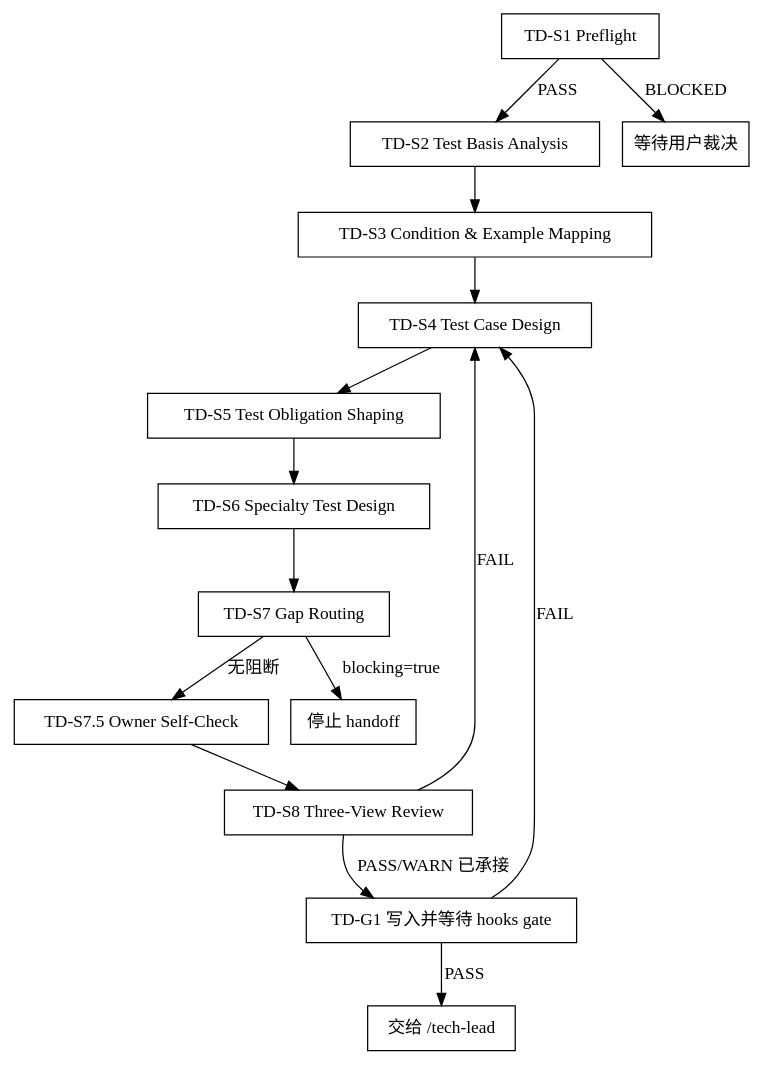
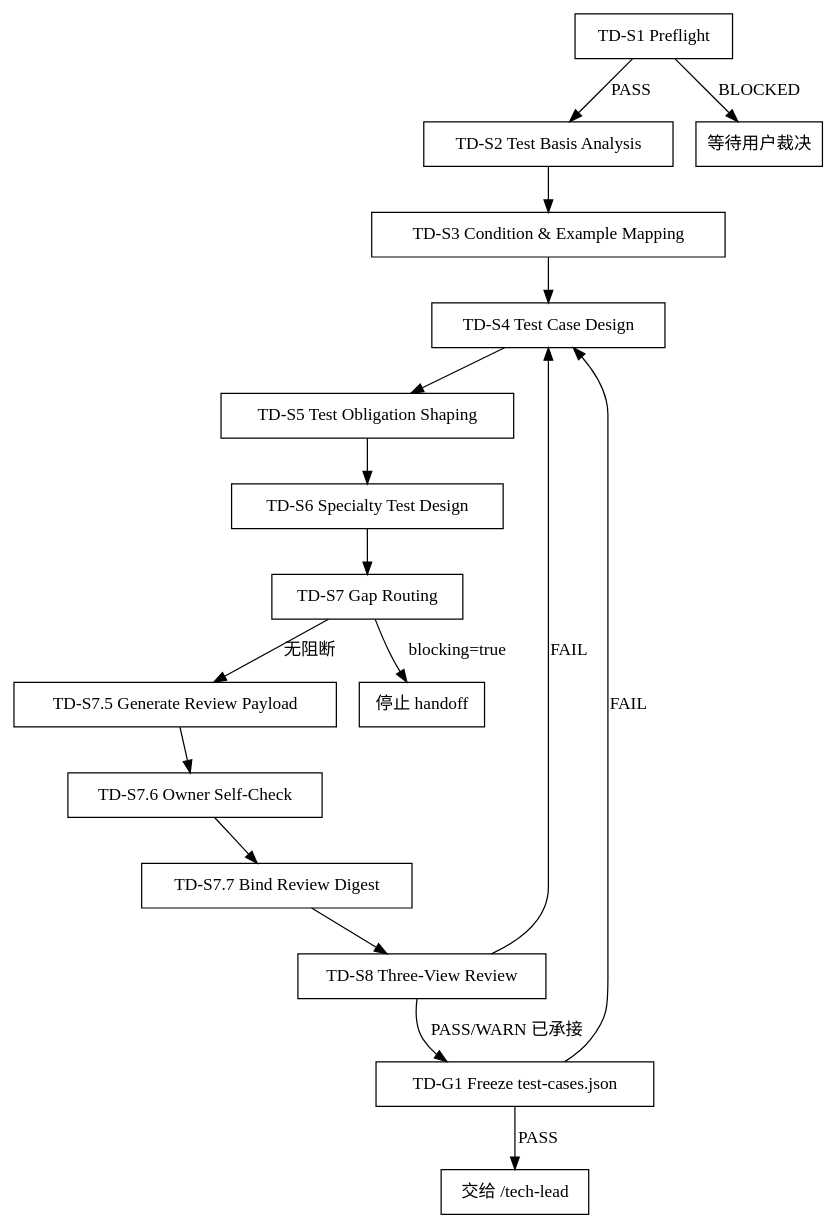
The diagram in shared/skills/test-design/SKILL.md (jieli-cqwl/org-claude-skills), drawn with Graphviz before and after one commit. The commit also changed other lines of this file and 14 other files, not shown here.

````diff
--- a/shared/skills/test-design/SKILL.md
+++ b/shared/skills/test-design/SKILL.md
@@ -90,20 +90,22 @@
 ```dot
 digraph test_design_flow {
   rankdir=TB;
   node [shape=box];
   "TD-S1 Preflight" -> "TD-S2 Test Basis Analysis" [label="PASS"];
   "TD-S2 Test Basis Analysis" -> "TD-S3 Condition & Example Mapping";
   "TD-S3 Condition & Example Mapping" -> "TD-S4 Test Case Design";
   "TD-S4 Test Case Design" -> "TD-S5 Test Obligation Shaping";
   "TD-S5 Test Obligation Shaping" -> "TD-S6 Specialty Test Design";
   "TD-S6 Specialty Test Design" -> "TD-S7 Gap Routing";
-  "TD-S7 Gap Routing" -> "TD-S7.5 Owner Self-Check" [label="无阻断"];
-  "TD-S7.5 Owner Self-Check" -> "TD-S8 Three-View Review";
-  "TD-S8 Three-View Review" -> "TD-G1 写入并等待 hooks gate" [label="PASS/WARN 已承接"];
-  "TD-G1 写入并等待 hooks gate" -> "交给 /tech-lead" [label="PASS"];
+  "TD-S7 Gap Routing" -> "TD-S7.5 Generate Review Payload" [label="无阻断"];
+  "TD-S7.5 Generate Review Payload" -> "TD-S7.6 Owner Self-Check";
+  "TD-S7.6 Owner Self-Check" -> "TD-S7.7 Bind Review Digest";
+  "TD-S7.7 Bind Review Digest" -> "TD-S8 Three-View Review";
+  "TD-S8 Three-View Review" -> "TD-G1 Freeze test-cases.json" [label="PASS/WARN 已承接"];
+  "TD-G1 Freeze test-cases.json" -> "交给 /tech-lead" [label="PASS"];
   "TD-S1 Preflight" -> "等待用户裁决" [label="BLOCKED"];
   "TD-S7 Gap Routing" -> "停止 handoff" [label="blocking=true"];
   "TD-S8 Three-View Review" -> "TD-S4 Test Case Design" [label="FAIL"];
-  "TD-G1 写入并等待 hooks gate" -> "TD-S4 Test Case Design" [label="FAIL"];
+  "TD-G1 Freeze test-cases.json" -> "TD-S4 Test Case Design" [label="FAIL"];
 }
 ```
````
